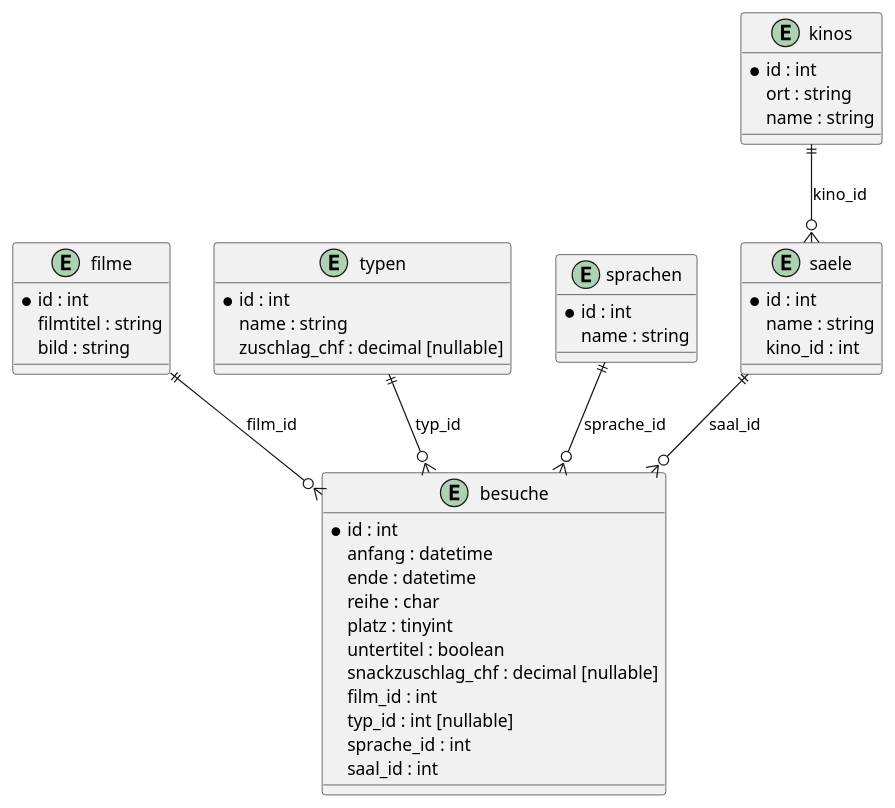
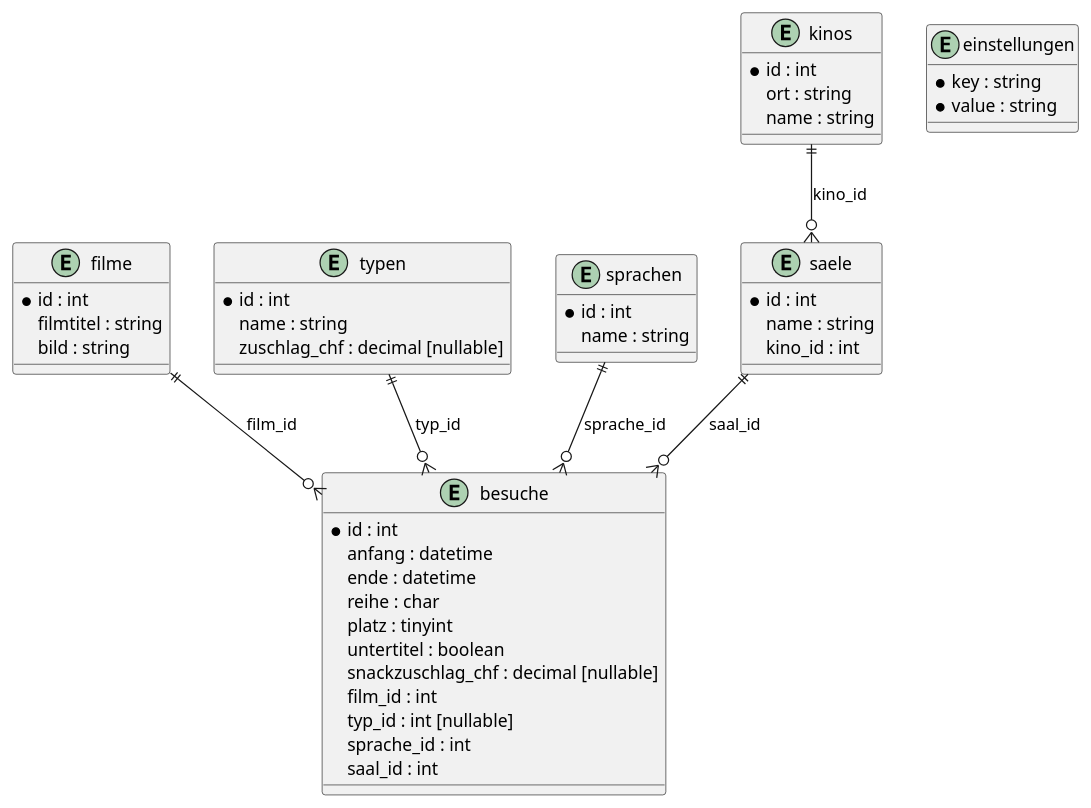
Before and after one commit to nils-affentranger/ticket-management: the diagram in doc/db/ticket-manager.puml, drawn with PlantUML. The commit also changed 41 other files, not shown here.

```diff
--- a/doc/db/ticket-manager.puml
+++ b/doc/db/ticket-manager.puml
@@ -1,54 +1,59 @@
 @startuml ticket-manager
 
 ' Entities
 entity besuche {
     *id : int
     anfang : datetime
     ende : datetime
     reihe : char
     platz : tinyint
     untertitel : boolean
     snackzuschlag_chf : decimal [nullable]
     film_id : int
     typ_id : int [nullable]
     sprache_id : int
     saal_id : int
 }
 
 entity filme {
     *id : int
     filmtitel : string
     bild : string
 }
 
 entity typen {
     *id : int
     name : string
     zuschlag_chf : decimal [nullable]
 }
 
 entity sprachen {
     *id : int
     name : string
 }
 
 entity saele {
     *id : int
     name : string
     kino_id : int
 }
 
 entity kinos {
     *id : int
     ort : string
     name : string
 }
 
+entity einstellungen {
+    *key : string
+    *value : string
+}
+
 ' Relationships
 filme ||--o{ besuche : film_id
 typen ||--o{ besuche : typ_id
 sprachen ||--o{ besuche : sprache_id
 saele ||--o{ besuche : saal_id
 kinos ||--o{ saele : kino_id
 
 @enduml
```
